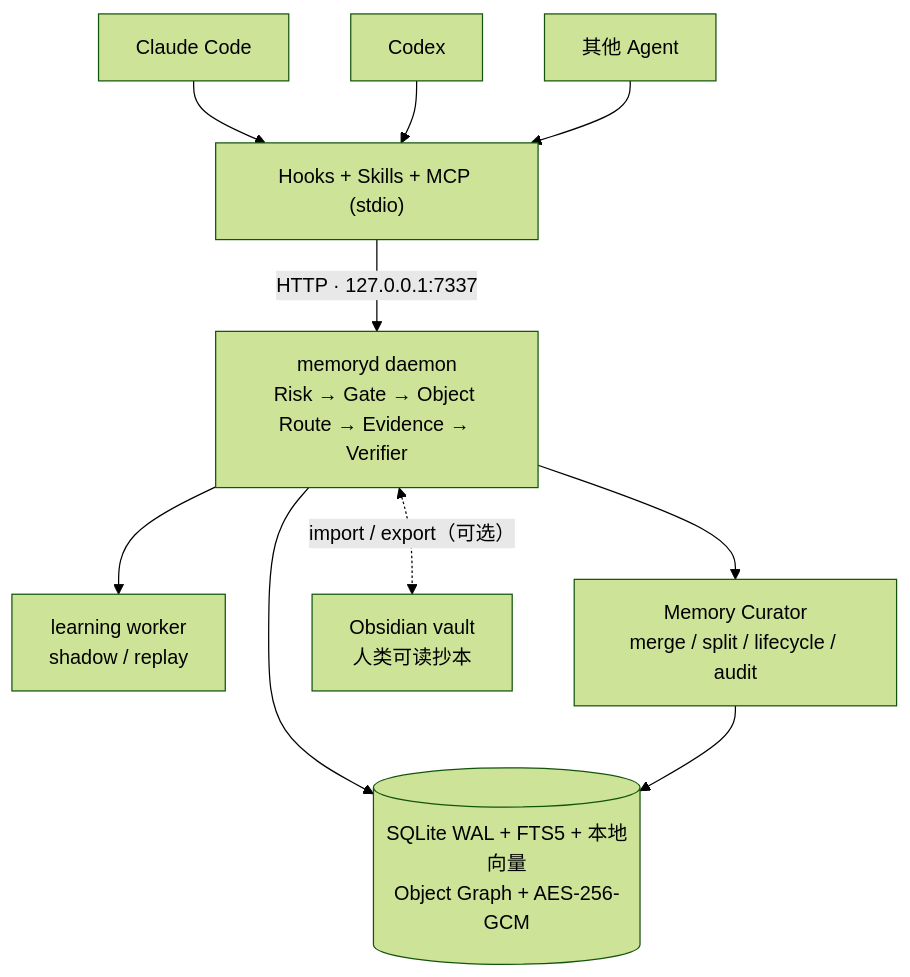
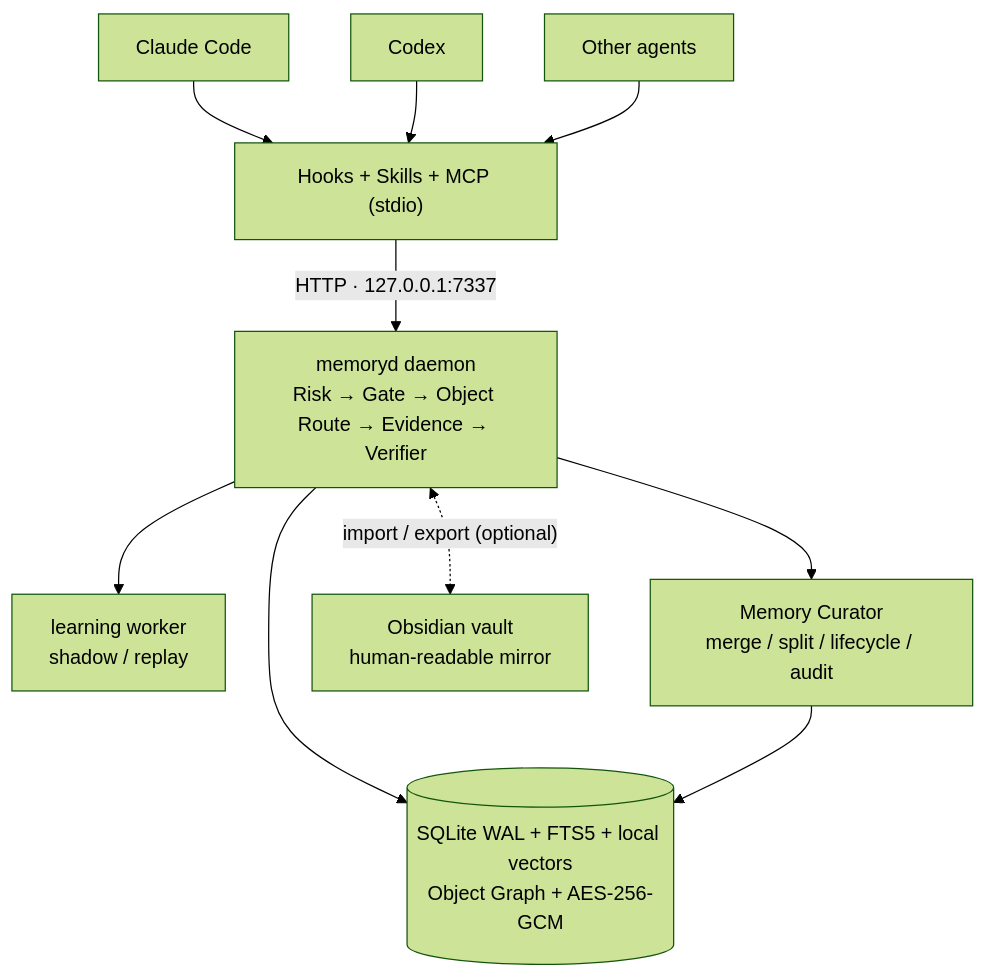
One commit to MattSureham/memoryd changed the third of 3 diagrams in README.md. Above: the diagram before and after it, drawn with Mermaid (forest theme). The commit also changed other lines of this file and 2 other files, not shown here.

````diff
--- a/README.md
+++ b/README.md
@@ -110,10 +107,10 @@
 ```mermaid
 flowchart TD
-    CC["Claude Code"] & CX["Codex"] & AG["其他 Agent"] --> HK["Hooks + Skills + MCP (stdio)"]
+    CC["Claude Code"] & CX["Codex"] & AG["Other agents"] --> HK["Hooks + Skills + MCP (stdio)"]
     HK -->|"HTTP · 127.0.0.1:7337"| D["memoryd daemon<br/>Risk → Gate → Object Route → Evidence → Verifier"]
     D --> LW["learning worker<br/>shadow / replay"]
     D --> CU["Memory Curator<br/>merge / split / lifecycle / audit"]
-    D --> DB[("SQLite WAL + FTS5 + 本地向量<br/>Object Graph + AES-256-GCM")]
+    D --> DB[("SQLite WAL + FTS5 + local vectors<br/>Object Graph + AES-256-GCM")]
     CU --> DB
-    D <-.->|"import / export（可选）"| OB["Obsidian vault<br/>人类可读抄本"]
+    D <-.->|"import / export (optional)"| OB["Obsidian vault<br/>human-readable mirror"]
 ```
````
